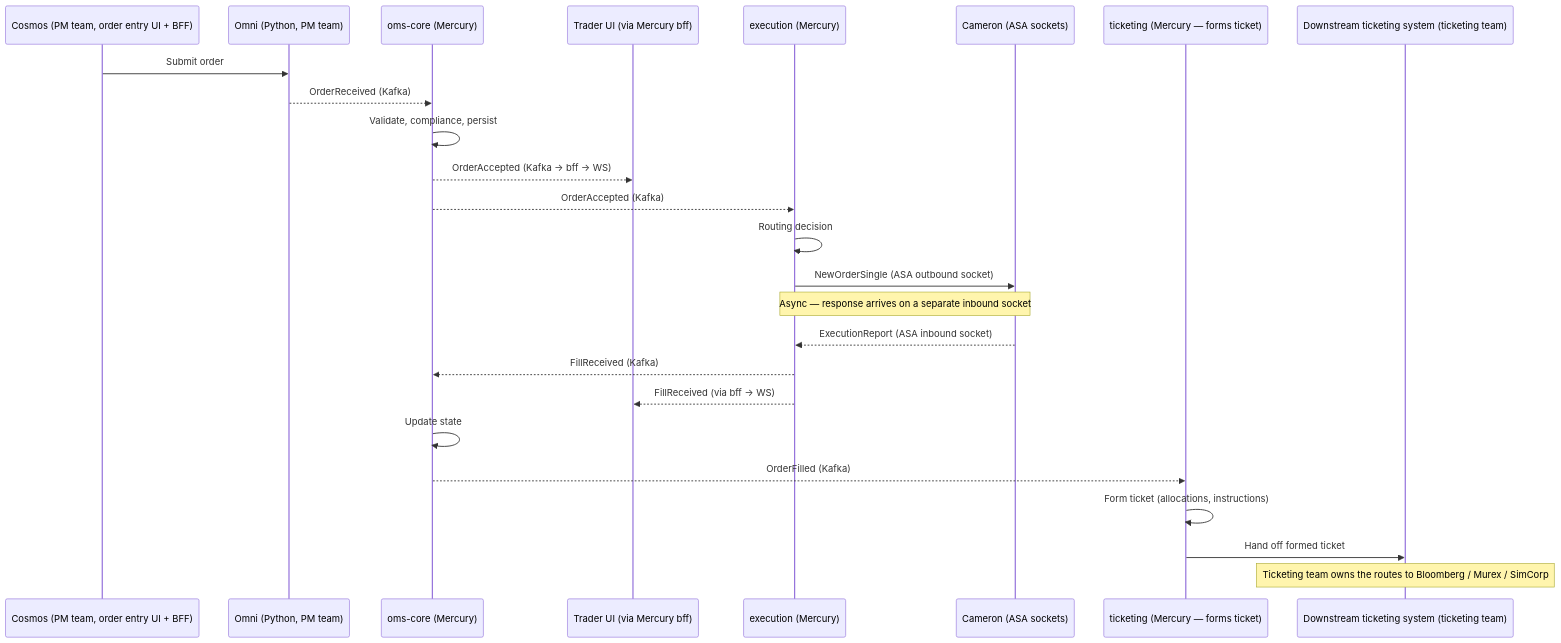
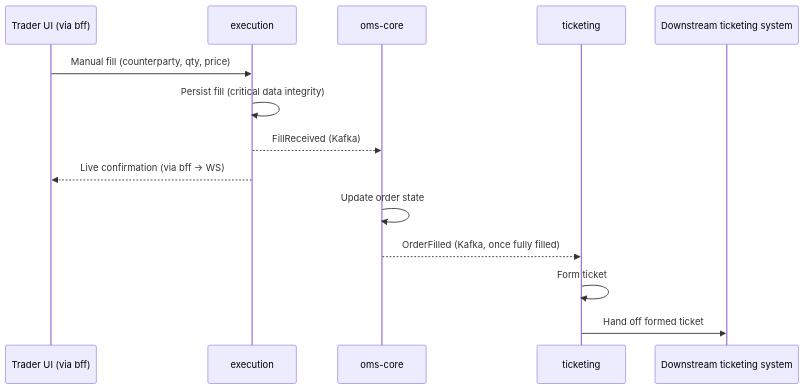
One commit to heyDuniya/athani changed the first of 2 diagrams in a1.md. Above: the diagram before and after it, drawn with Mermaid. The commit also changed other lines of this file, not shown here.

````diff
--- a/a1.md
+++ b/a1.md
@@ -196,28 +376,17 @@
 ```mermaid
 sequenceDiagram
-    participant COS as Cosmos (PM team, order entry UI + BFF)
-    participant OMNI as Omni (Python, PM team)
-    participant OMS as oms-core (Mercury)
-    participant TUI as Trader UI (via Mercury bff)
-    participant EX as execution (Mercury)
-    participant CAM as Cameron (ASA sockets)
-    participant TK as ticketing (Mercury — forms ticket)
-    participant DS as Downstream ticketing system (ticketing team)
+    participant TUI as Trader UI (via bff)
+    participant EX as execution
+    participant OMS as oms-core
+    participant TK as ticketing
+    participant DS as Downstream ticketing system
 
-    COS->>OMNI: Submit order
-    OMNI-->>OMS: OrderReceived (Kafka)
-    OMS->>OMS: Validate, compliance, persist
-    OMS-->>TUI: OrderAccepted (Kafka → bff → WS)
-    OMS-->>EX: OrderAccepted (Kafka)
-    EX->>EX: Routing decision
-    EX->>CAM: NewOrderSingle (ASA outbound socket)
-    Note over EX,CAM: Async — response arrives on a separate inbound socket
-    CAM-->>EX: ExecutionReport (ASA inbound socket)
+    TUI->>EX: Manual fill (counterparty, qty, price)
+    EX->>EX: Persist fill (critical data integrity)
     EX-->>OMS: FillReceived (Kafka)
-    EX-->>TUI: FillReceived (via bff → WS)
-    OMS->>OMS: Update state
-    OMS-->>TK: OrderFilled (Kafka)
-    TK->>TK: Form ticket (allocations, instructions)
+    EX-->>TUI: Live confirmation (via bff → WS)
+    OMS->>OMS: Update order state
+    OMS-->>TK: OrderFilled (Kafka, once fully filled)
+    TK->>TK: Form ticket
     TK->>DS: Hand off formed ticket
-    Note over DS: Ticketing team owns the routes to Bloomberg / Murex / SimCorp
 ```
````
